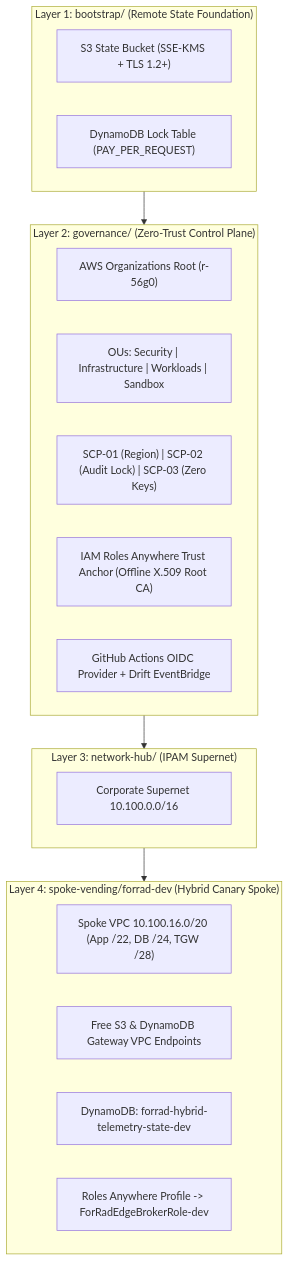
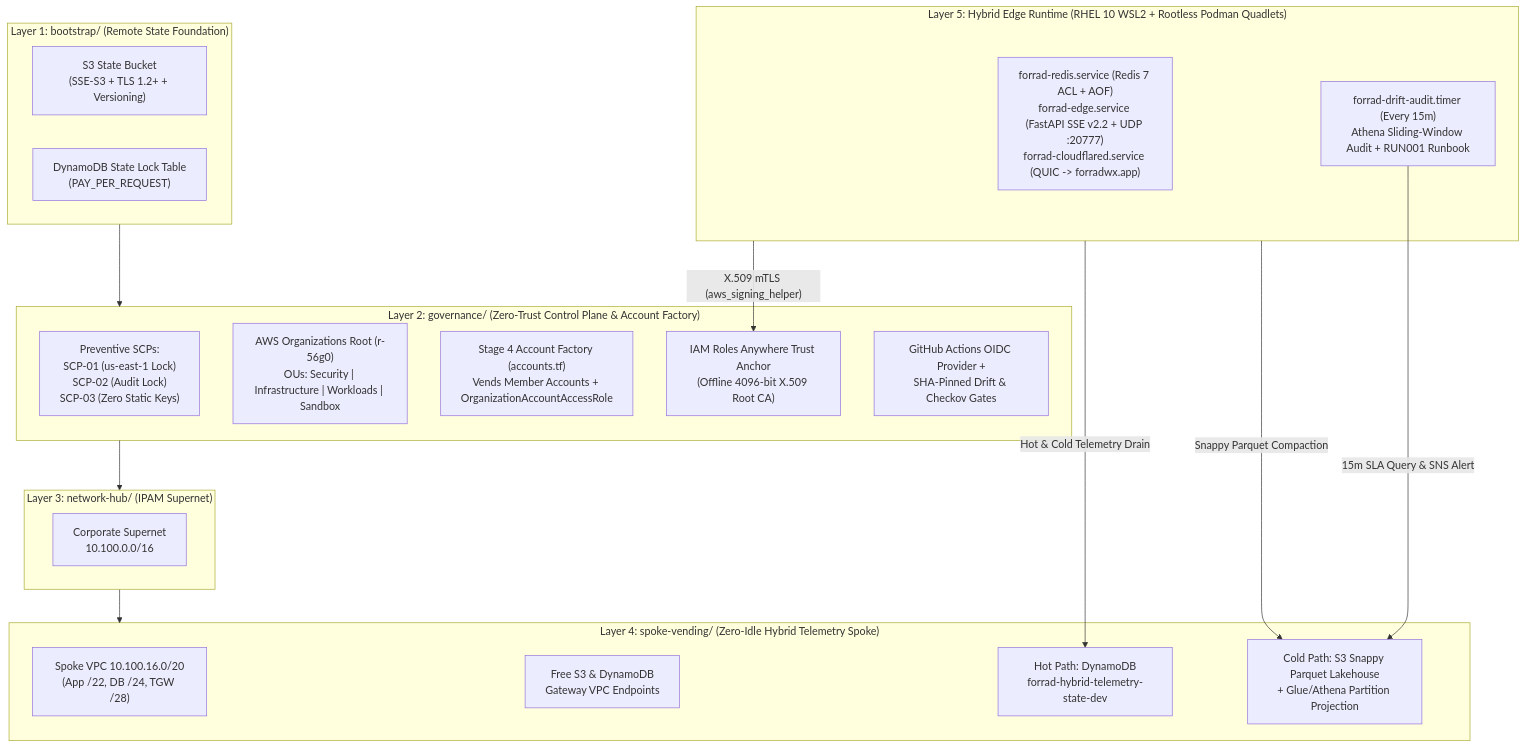
Before and after one commit to mozjack2310/aws_landing_zone: the diagram in README.md, drawn with Mermaid. The commit also changed other lines of this file, not shown here.

Commit message:
docs(readme): deduplicate Section 4 and index Phase 5 runbook and Stage 4 account factory

````diff
--- a/README.md
+++ b/README.md
@@ -10,28 +14,37 @@
 ```mermaid
 flowchart TD
-    subgraph Layer1 ["Layer 1: bootstrap/ (Remote State Foundation)"]
-        S3["S3 State Bucket (SSE-KMS + TLS 1.2+)"]
-        DDBL["DynamoDB Lock Table (PAY_PER_REQUEST)"]
+    subgraph L1["Layer 1: bootstrap/ (Remote State Foundation)"]
+        S3State["S3 State Bucket<br/>(SSE-S3 + TLS 1.2+ + Versioning)"]
+        DDBLock["DynamoDB State Lock Table<br/>(PAY_PER_REQUEST)"]
     end
 
-    subgraph Layer2 ["Layer 2: governance/ (Zero-Trust Control Plane)"]
-        ORG["AWS Organizations Root (r-56g0)"]
-        OUS["OUs: Security | Infrastructure | Workloads | Sandbox"]
-        SCPS["SCP-01 (Region) | SCP-02 (Audit Lock) | SCP-03 (Zero Keys)"]
-        CA["IAM Roles Anywhere Trust Anchor (Offline X.509 Root CA)"]
-        OIDC["GitHub Actions OIDC Provider + Drift EventBridge"]
+    subgraph L2["Layer 2: governance/ (Zero-Trust Control Plane & Account Factory)"]
+        SCPs["Preventive SCPs:<br/>SCP-01 (us-east-1 Lock)<br/>SCP-02 (Audit Lock)<br/>SCP-03 (Zero Static Keys)"]
+        OrgRoot["AWS Organizations Root (r-56g0)<br/>OUs: Security | Infrastructure | Workloads | Sandbox"]
+        AcctFactory["Stage 4 Account Factory (accounts.tf)<br/>Vends Member Accounts + OrganizationAccountAccessRole"]
+        RolesAnywhere["IAM Roles Anywhere Trust Anchor<br/>(Offline 4096-bit X.509 Root CA)"]
+        GitHubOIDC["GitHub Actions OIDC Provider +<br/>SHA-Pinned Drift & Checkov Gates"]
     end
 
-    subgraph Layer3 ["Layer 3: network-hub/ (IPAM Supernet)"]
-        IPAM["Corporate Supernet 10.100.0.0/16"]
+    subgraph L3["Layer 3: network-hub/ (IPAM Supernet)"]
+        Supernet["Corporate Supernet<br/>10.100.0.0/16"]
     end
 
-    subgraph Layer4 ["Layer 4: spoke-vending/forrad-dev (Hybrid Canary Spoke)"]
-        VPC["Spoke VPC 10.100.16.0/20 (App /22, DB /24, TGW /28)"]
-        GW["Free S3 & DynamoDB Gateway VPC Endpoints"]
-        STATE["DynamoDB: forrad-hybrid-telemetry-state-dev"]
-        PROF["Roles Anywhere Profile -> ForRadEdgeBrokerRole-dev"]
+    subgraph L4["Layer 4: spoke-vending/ (Zero-Idle Hybrid Telemetry Spoke)"]
+        SpokeVPC["Spoke VPC 10.100.16.0/20<br/>(App /22, DB /24, TGW /28)"]
+        Endpoints["Free S3 & DynamoDB<br/>Gateway VPC Endpoints"]
+        HotDDB["Hot Path: DynamoDB<br/>forrad-hybrid-telemetry-state-dev"]
+        ColdS3["Cold Path: S3 Snappy Parquet Lakehouse<br/>+ Glue/Athena Partition Projection"]
     end
 
-    Layer1 --> Layer2 --> Layer3 --> Layer4
+    subgraph L5["Layer 5: Hybrid Edge Runtime (RHEL 10 WSL2 + Rootless Podman Quadlets)"]
+        EdgeQuadlets["forrad-redis.service (Redis 7 ACL + AOF)<br/>forrad-edge.service (FastAPI SSE v2.2 + UDP :20777)<br/>forrad-cloudflared.service (QUIC -> forradwx.app)"]
+        DriftTimer["forrad-drift-audit.timer (Every 15m)<br/>Athena Sliding-Window Audit + RUN001 Runbook"]
+    end
+
+    L1 --> L2 --> L3 --> L4
+    L5 -- "X.509 mTLS (aws_signing_helper)" --> RolesAnywhere
+    L5 -- "Hot & Cold Telemetry Drain" --> HotDDB
+    L5 -- "Snappy Parquet Compaction" --> ColdS3
+    DriftTimer -- "15m SLA Query & SNS Alert" --> ColdS3
 ```
````
